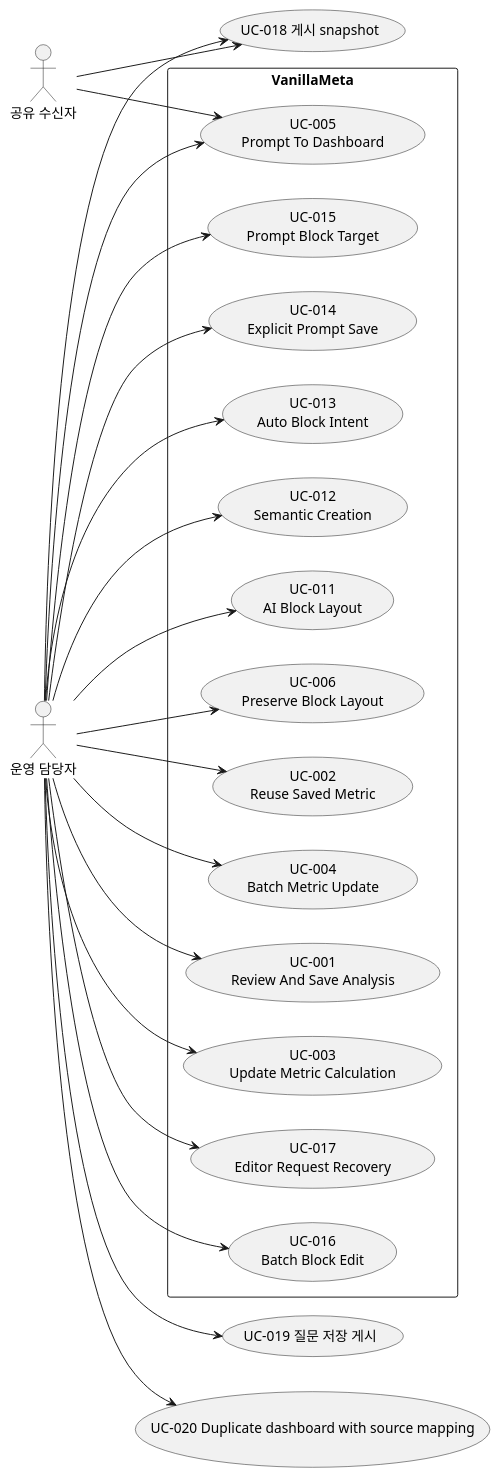
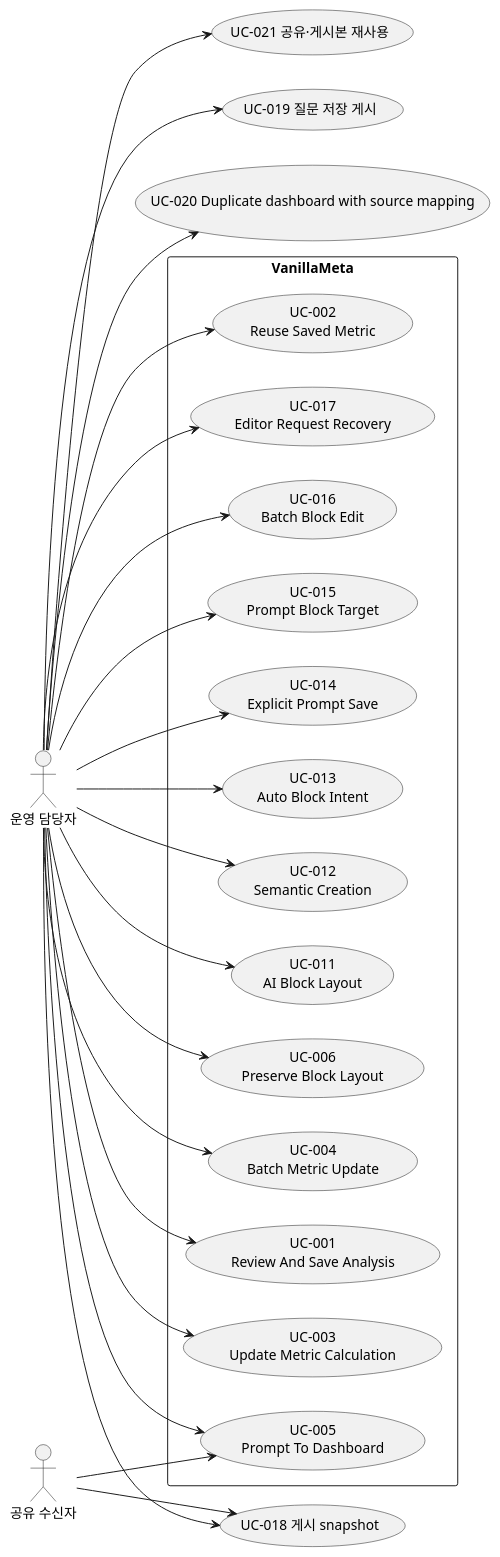
One commit to vanillabrain/vanillameta changed the diagram in docs/use_cases.puml. Above: the diagram before and after it, drawn with PlantUML. The commit also changed 49 other files, not shown here.

```diff
--- a/docs/use_cases.puml
+++ b/docs/use_cases.puml
@@ -1,41 +1,43 @@
 @startuml
 left to right direction
 actor "운영 담당자" as operator
 rectangle "VanillaMeta" {
  usecase "UC-017\nEditor Request Recovery" as UC017
  usecase "UC-016\nBatch Block Edit" as UC016
  usecase "UC-015\nPrompt Block Target" as UC015
  usecase "UC-014\nExplicit Prompt Save" as UC014
  usecase "UC-013\nAuto Block Intent" as UC013
  usecase "UC-012\nSemantic Creation" as UC012
  usecase "UC-011\nAI Block Layout" as UC011
  usecase "UC-006\nPreserve Block Layout" as UC006
  usecase "UC-005\nPrompt To Dashboard" as UC005
  usecase "UC-004\nBatch Metric Update" as UC004
  usecase "UC-001\nReview And Save Analysis" as UC001
  usecase "UC-003\nUpdate Metric Calculation" as UC003
  usecase "UC-002\nReuse Saved Metric" as UC002
 }
 operator --> UC015
 operator --> UC014
 operator --> UC013
 operator --> UC012
 operator --> UC011
 operator --> UC006
 operator --> UC005
 actor "공유 수신자" as recipient
 recipient --> UC005
 operator --> UC004
 operator --> UC003
 operator --> UC002
 operator --> UC001
 operator --> UC016
 operator --> UC017
 usecase "UC-018 게시 snapshot" as UC018
 operator --> UC018
 recipient --> UC018
 usecase "UC-019 질문 저장 게시" as UC019
 operator --> UC019
 usecase "UC-020 Duplicate dashboard with source mapping" as UC020
 operator --> UC020
+usecase "UC-021 공유·게시본 재사용" as UC021
+operator --> UC021
 @enduml
```
